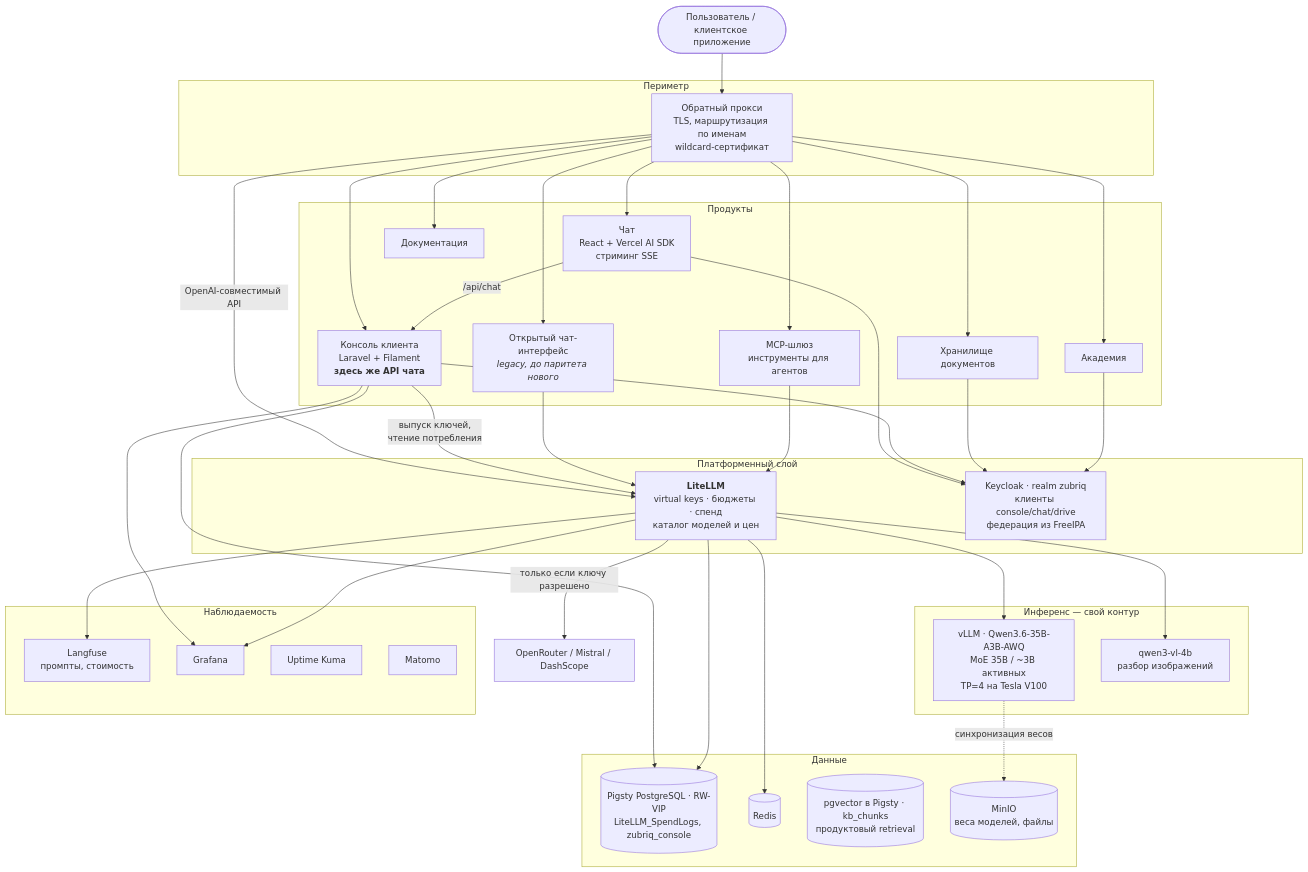
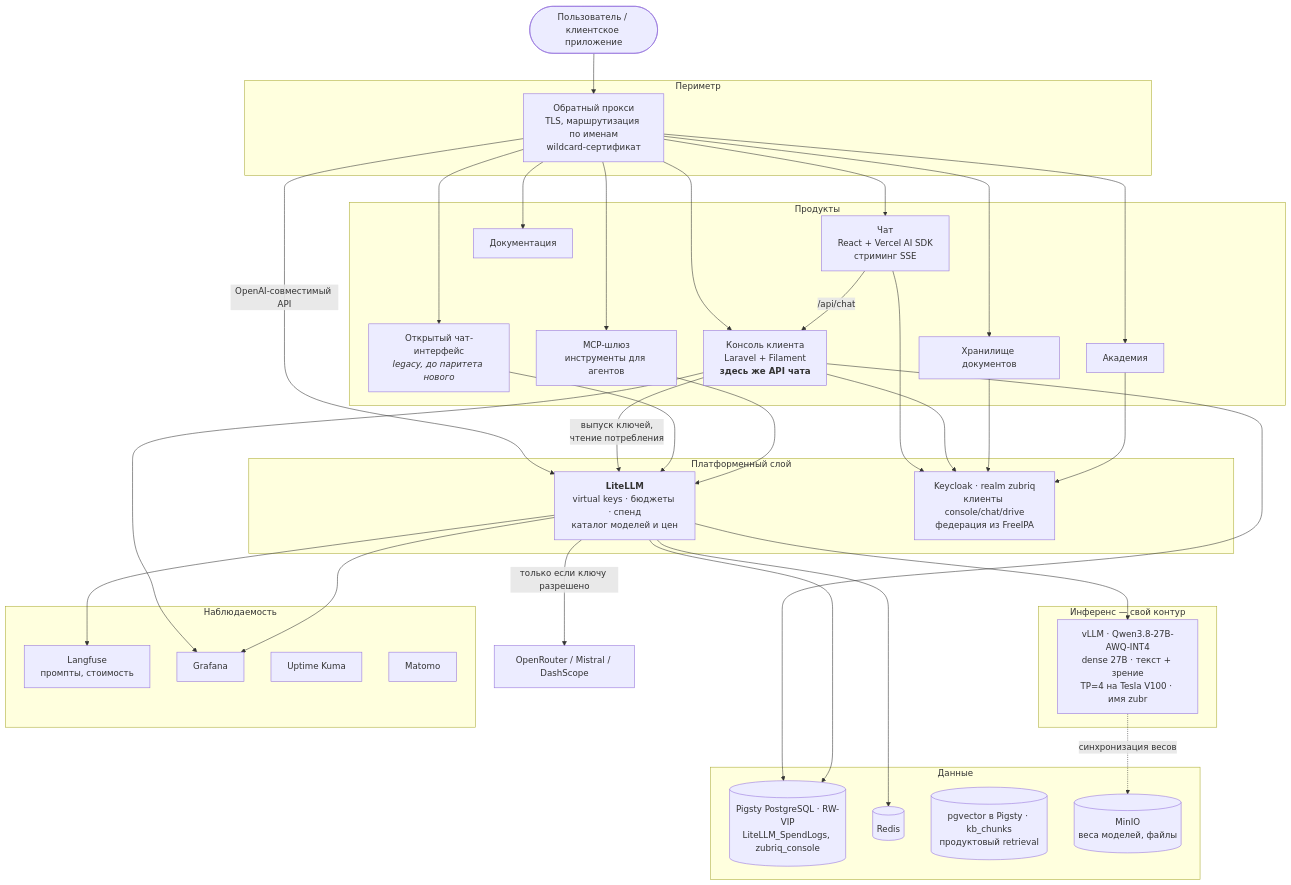
Before and after one commit to ZubikIT/ai-architect: the second of 4 diagrams in zubriq-platform/docs/diagrams/c4.md, drawn with Mermaid. The commit also changed other lines of this file and 6 other files, not shown here.

````diff
--- a/zubriq-platform/docs/diagrams/c4.md
+++ b/zubriq-platform/docs/diagrams/c4.md
@@ -44,66 +44,64 @@
 ```mermaid
 flowchart TB
   user(["Пользователь / клиентское приложение"])
 
   subgraph edge["Периметр"]
     npm["Обратный прокси<br/>TLS, маршрутизация по именам<br/>wildcard-сертификат"]
   end
 
   subgraph products["Продукты"]
     chat["Чат<br/>React + Vercel AI SDK<br/>стриминг SSE"]
     console["Консоль клиента<br/>Laravel + Filament<br/><b>здесь же API чата</b>"]
     docs["Документация"]
     drive["Хранилище документов"]
     academy["Академия"]
     mcp["MCP-шлюз<br/>инструменты для агентов"]
     owui["Открытый чат-интерфейс<br/><i>legacy, до паритета нового</i>"]
   end
 
   subgraph platform["Платформенный слой"]
     gw["<b>LiteLLM</b><br/>virtual keys · бюджеты · спенд<br/>каталог моделей и цен"]
     kc["Keycloak · realm zubriq<br/>клиенты console/chat/drive<br/>федерация из FreeIPA"]
   end
 
   subgraph inference["Инференс — свой контур"]
-    vllm["vLLM · Qwen3.6-35B-A3B-AWQ<br/>MoE 35B / ~3B активных<br/>TP=4 на Tesla V100"]
-    vl["qwen3-vl-4b<br/>разбор изображений"]
+    vllm["vLLM · Qwen3.8-27B-AWQ-INT4<br/>dense 27B · текст + зрение<br/>TP=4 на Tesla V100 · имя zubr"]
   end
 
   subgraph data["Данные"]
     pg[("Pigsty PostgreSQL · RW-VIP<br/>LiteLLM_SpendLogs, zubriq_console")]
     redis[("Redis")]
     kb[("pgvector в Pigsty · kb_chunks<br/>продуктовый retrieval")]
     s3[("MinIO<br/>веса моделей, файлы")]
   end
 
   subgraph obs["Наблюдаемость"]
     lf["Langfuse<br/>промпты, стоимость"]
     graf["Grafana"]
     stat["Uptime Kuma"]
     an["Matomo"]
   end
 
   ext["OpenRouter / Mistral / DashScope"]
 
   user --> npm
   npm --> chat & console & docs & drive & academy & mcp & owui
   npm -->|"OpenAI-совместимый API"| gw
 
   chat -->|"/api/chat"| console
   console -->|"выпуск ключей,<br/>чтение потребления"| gw
   console --> pg
   owui --> gw
   mcp --> gw
 
   chat & console & drive & academy --> kc
 
   gw --> vllm
-  gw --> vl
   gw -->|"только если ключу разрешено"| ext
   gw --> pg
   gw --> redis
 
   vllm -.->|"синхронизация весов"| s3
   gw --> lf
   console & gw --> graf
 ```
````
